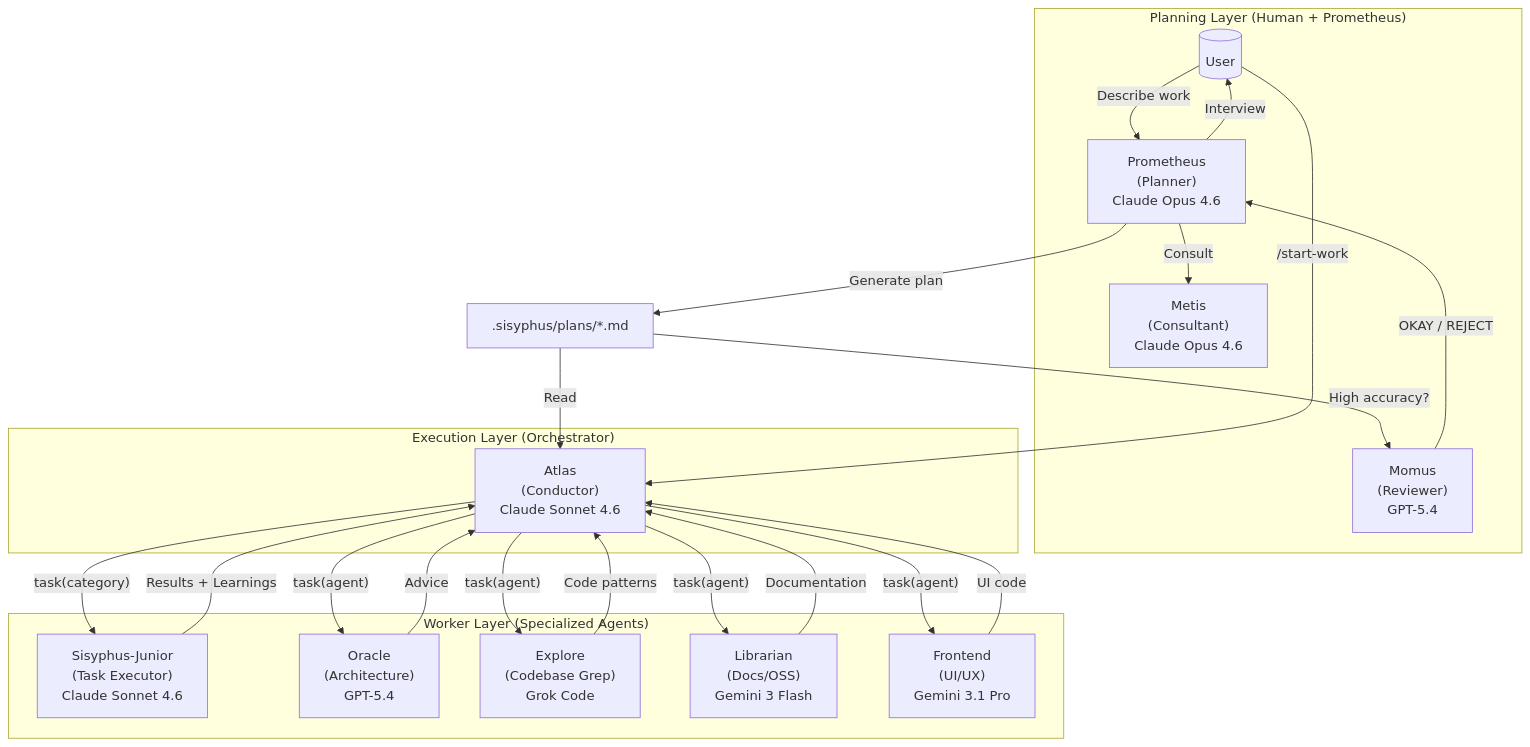
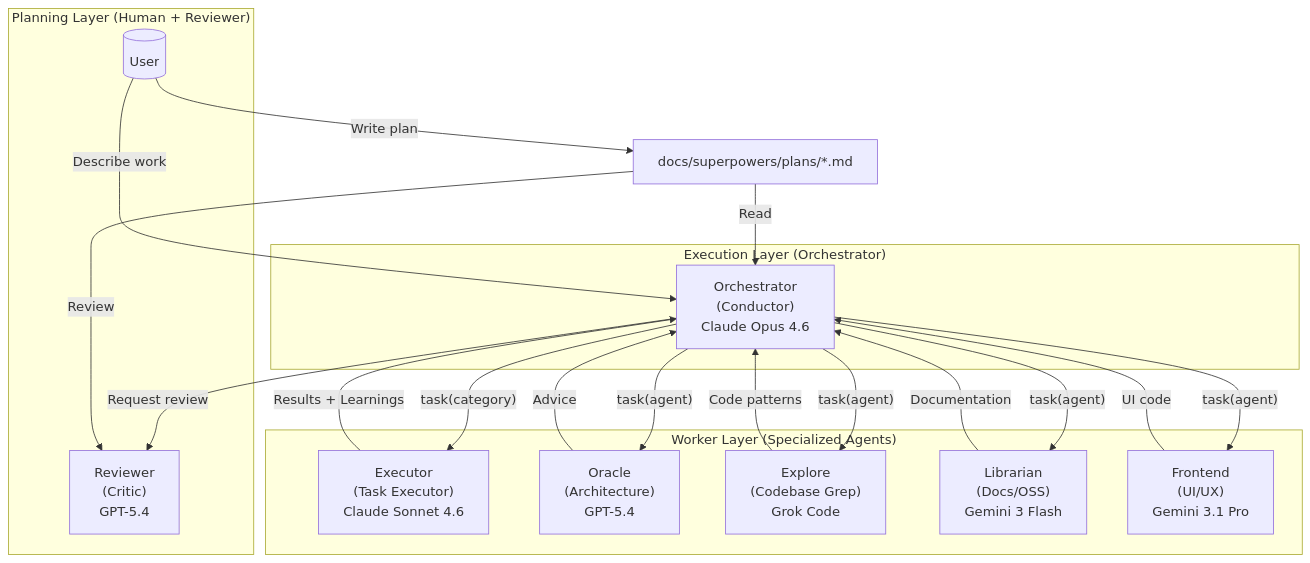
The first of 2 diagrams in docs/guide/orchestration.md (allOwO/opencode-codex-orch), drawn with Mermaid before and after one commit. The commit also changed other lines of this file and 8 other files, not shown here.

````diff
--- a/docs/guide/orchestration.md
+++ b/docs/guide/orchestration.md
@@ -33,43 +31,38 @@
 ```mermaid
 flowchart TB
-    subgraph Planning["Planning Layer (Human + Prometheus)"]
+    subgraph Planning["Planning Layer (Human + Reviewer)"]
         User[(" User")]
-        Prometheus[" Prometheus<br/>(Planner)<br/>Claude Opus 4.6"]
-        Metis[" Metis<br/>(Consultant)<br/>Claude Opus 4.6"]
-        Momus[" Momus<br/>(Reviewer)<br/>GPT-5.4"]
+        Reviewer[" Reviewer<br/>(Critic)<br/>GPT-5.4"]
     end
 
     subgraph Execution["Execution Layer (Orchestrator)"]
-        Orchestrator[" Atlas<br/>(Conductor)<br/>Claude Sonnet 4.6"]
+        Orchestrator[" Orchestrator<br/>(Conductor)<br/>Claude Opus 4.6"]
     end
 
     subgraph Workers["Worker Layer (Specialized Agents)"]
-        Junior[" Sisyphus-Junior<br/>(Task Executor)<br/>Claude Sonnet 4.6"]
+        Junior[" Executor<br/>(Task Executor)<br/>Claude Sonnet 4.6"]
         Oracle[" Oracle<br/>(Architecture)<br/>GPT-5.4"]
         Explore[" Explore<br/>(Codebase Grep)<br/>Grok Code"]
         Librarian[" Librarian<br/>(Docs/OSS)<br/>Gemini 3 Flash"]
         Frontend[" Frontend<br/>(UI/UX)<br/>Gemini 3.1 Pro"]
     end
 
-    User -->|"Describe work"| Prometheus
-    Prometheus -->|"Consult"| Metis
-    Prometheus -->|"Interview"| User
-    Prometheus -->|"Generate plan"| Plan[".sisyphus/plans/*.md"]
-    Plan -->|"High accuracy?"| Momus
-    Momus -->|"OKAY / REJECT"| Prometheus
+    User -->|"Describe work"| Orchestrator
+    Orchestrator -->|"Request review"| Reviewer
+    User -->|"Write plan"| Plan["docs/superpowers/plans/*.md"]
+    Plan -->|"Review"| Reviewer
 
-    User -->|"/start-work"| Orchestrator
     Plan -->|"Read"| Orchestrator
 
     Orchestrator -->|"task(category)"| Junior
     Orchestrator -->|"task(agent)"| Oracle
     Orchestrator -->|"task(agent)"| Explore
     Orchestrator -->|"task(agent)"| Librarian
     Orchestrator -->|"task(agent)"| Frontend
 
     Junior -->|"Results + Learnings"| Orchestrator
     Oracle -->|"Advice"| Orchestrator
     Explore -->|"Code patterns"| Orchestrator
     Librarian -->|"Documentation"| Orchestrator
     Frontend -->|"UI code"| Orchestrator
 ```
````
